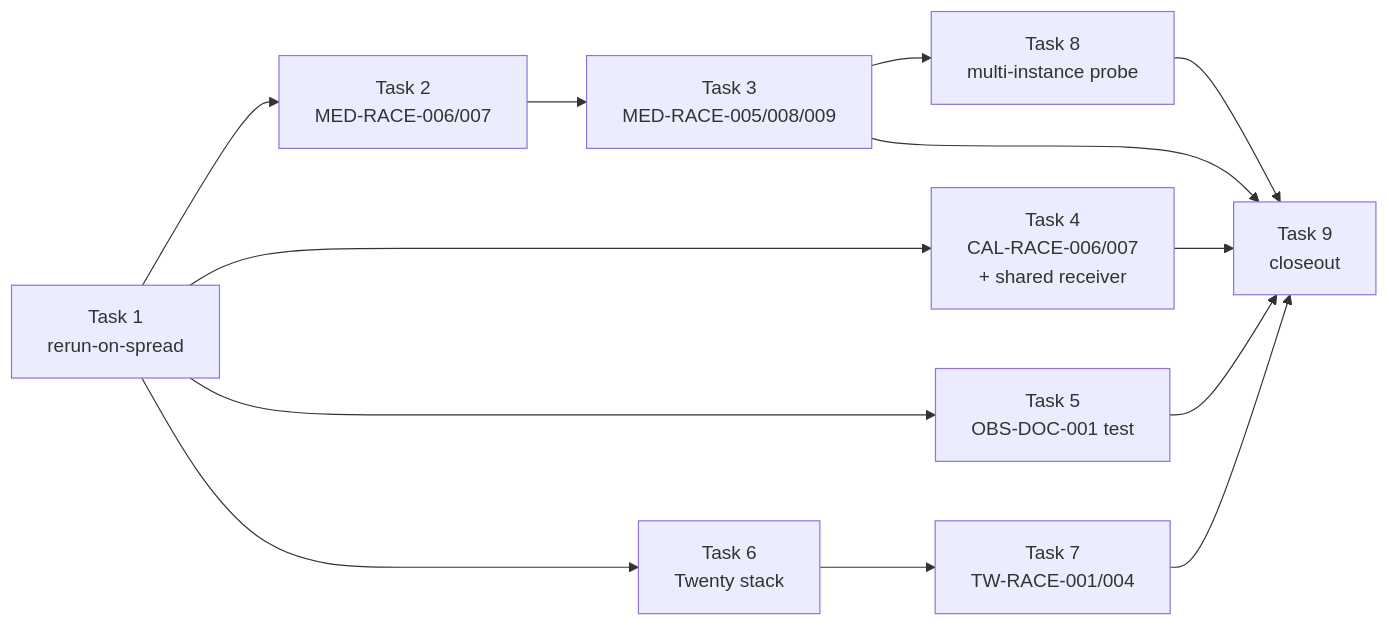
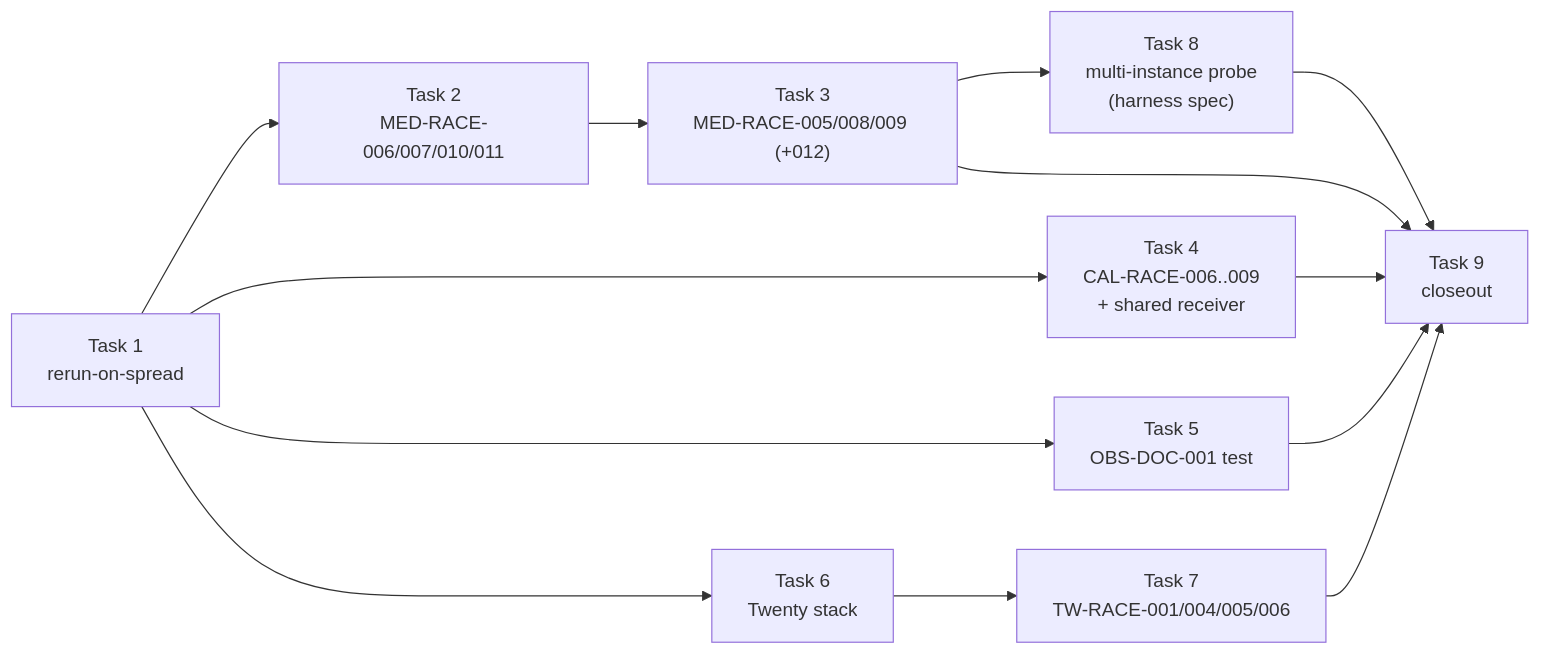
Before and after one commit to Jayami123/k6-load-concurrency-suite: the diagram in docs/plans/2026-10-22-p6-phase2-roadmap.md, drawn with Mermaid. The commit also changed other lines of this file, not shown here.

Commit message:
docs: record p6 phase 2 roadmap decisions

````diff
--- a/docs/plans/2026-10-22-p6-phase2-roadmap.md
+++ b/docs/plans/2026-10-22-p6-phase2-roadmap.md
@@ -139,15 +149,15 @@
 ```mermaid
 flowchart LR
-  T1["Task 1<br/>rerun-on-spread"] --> T2["Task 2<br/>MED-RACE-006/007"]
-  T2 --> T3["Task 3<br/>MED-RACE-005/008/009"]
-  T1 --> T4["Task 4<br/>CAL-RACE-006/007<br/>+ shared receiver"]
+  T1["Task 1<br/>rerun-on-spread"] --> T2["Task 2<br/>MED-RACE-006/007/010/011"]
+  T2 --> T3["Task 3<br/>MED-RACE-005/008/009 (+012)"]
+  T1 --> T4["Task 4<br/>CAL-RACE-006..009<br/>+ shared receiver"]
   T1 --> T5["Task 5<br/>OBS-DOC-001 test"]
   T1 --> T6["Task 6<br/>Twenty stack"]
-  T6 --> T7["Task 7<br/>TW-RACE-001/004"]
-  T3 --> T8["Task 8<br/>multi-instance probe"]
+  T6 --> T7["Task 7<br/>TW-RACE-001/004/005/006"]
+  T3 --> T8["Task 8<br/>multi-instance probe<br/>(harness spec)"]
   T3 --> T9["Task 9<br/>closeout"]
   T4 --> T9
   T5 --> T9
   T7 --> T9
   T8 --> T9
 ```
````
